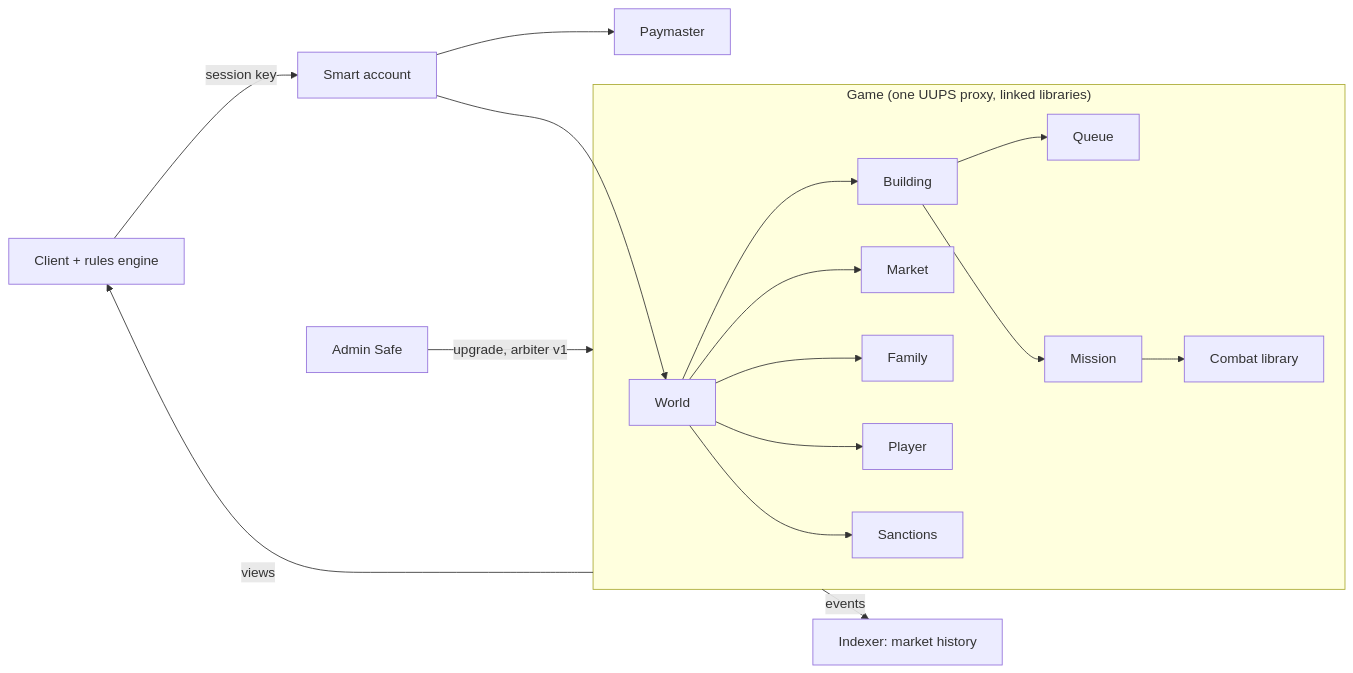
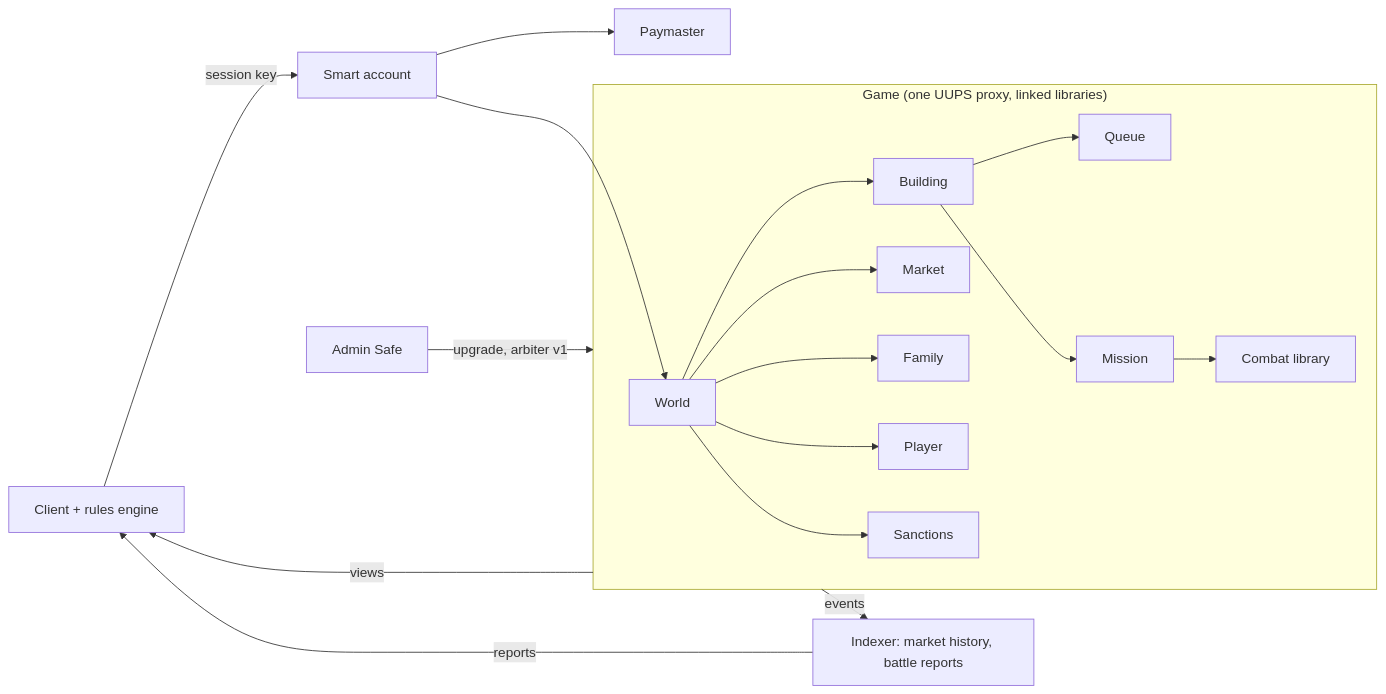
One commit to rodsouto/vendetta-plus-legacy changed the diagram in docs/spec/blockchain.md. Above: the diagram before and after it, drawn with Mermaid. The commit also changed other lines of this file and 16 other files, not shown here.

First line of the commit message:
Read battle reports from the subgraph and bound the invitation scan to the TTL (B-18, B-26)

````diff
--- a/docs/spec/blockchain.md
+++ b/docs/spec/blockchain.md
@@ -791,19 +794,20 @@
 ```mermaid
 flowchart LR
     Client[Client + rules engine] -->|session key| AA[Smart account]
     AA --> PM[Paymaster]
     AA --> World
     subgraph Contracts["Game (one UUPS proxy, linked libraries)"]
         World --> Building
         Building --> Queue
         Building --> Mission
         Mission --> Combat[Combat library]
         World --> Market
         World --> Family
         World --> Player
         World --> Sanctions
     end
     Contracts -->|views| Client
-    Contracts -->|events| Indexer[Indexer: market history]
+    Contracts -->|events| Indexer[Indexer: market history, battle reports]
+    Indexer -->|reports| Client
     Safe[Admin Safe] -->|upgrade, arbiter v1| Contracts
 ```
````
